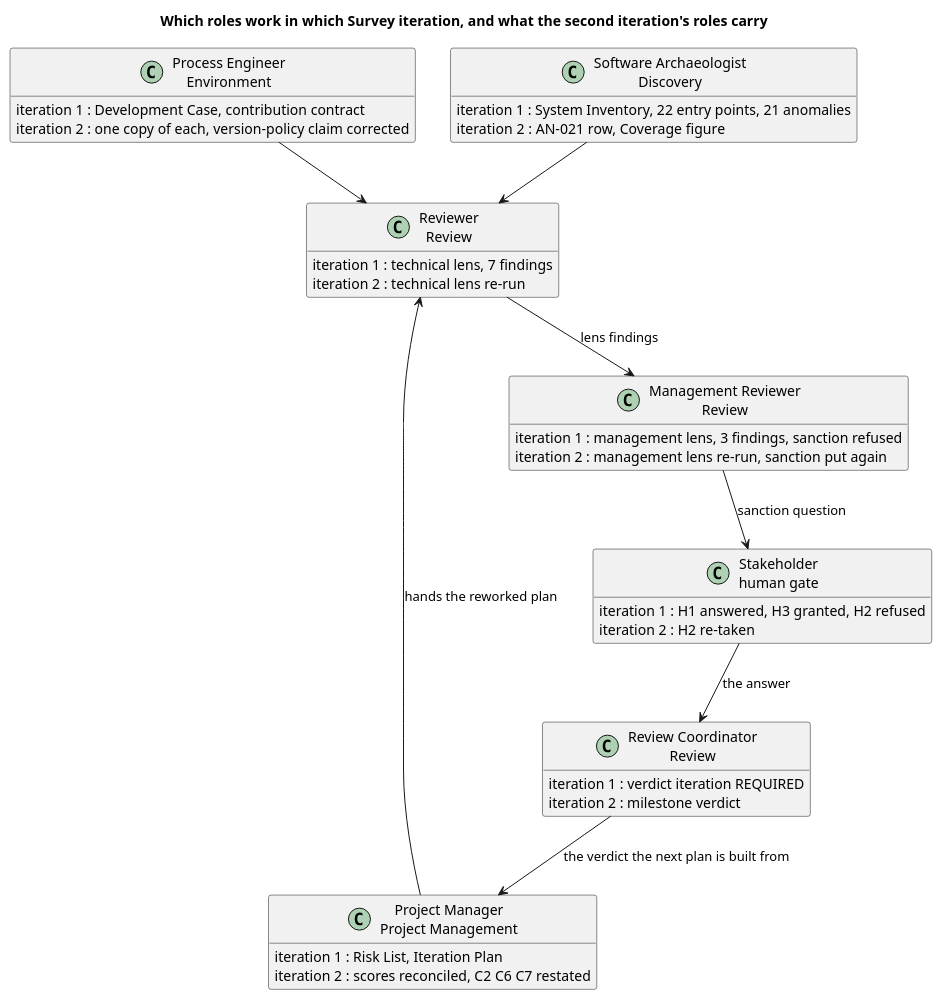
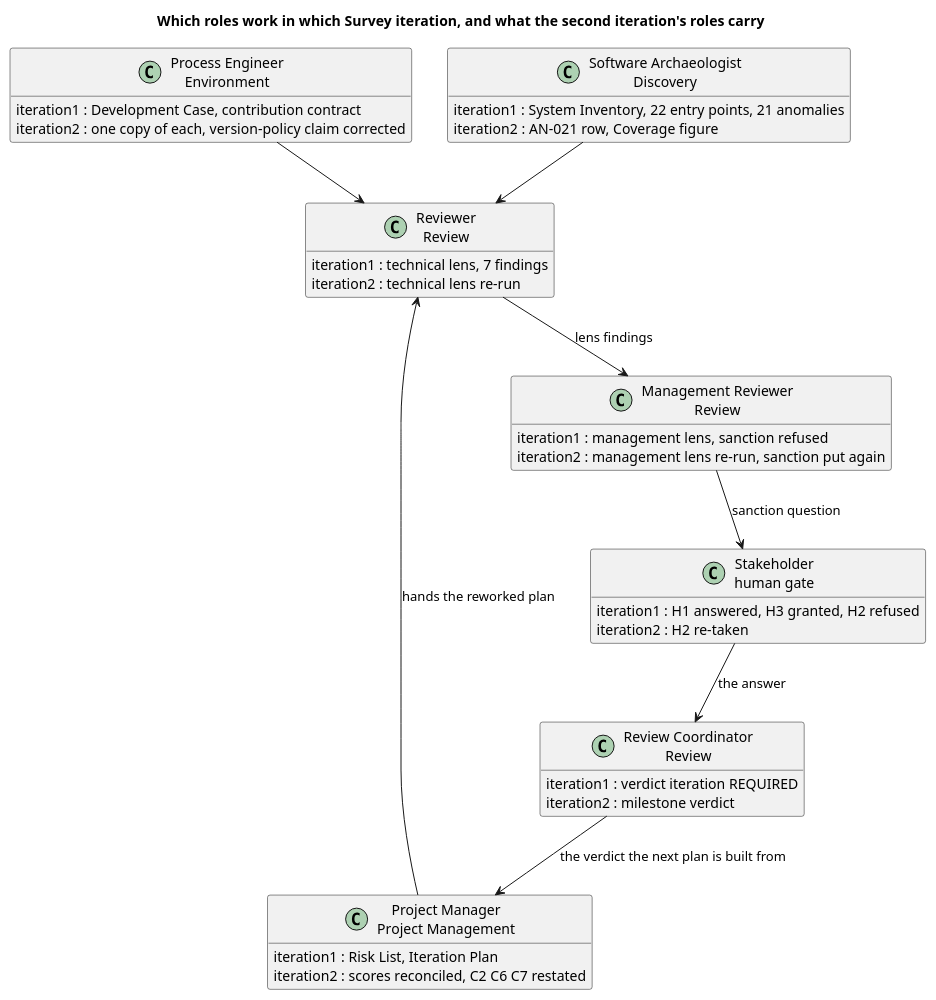
The fourth of 4 diagrams in docs/artifacts/project-management/iteration-plan.md (banense-test/TodoApp), drawn with PlantUML before and after one commit.

Commit message:
Project Manager [Survey2]: upsert Iteration Plan
[skip ci]

````diff
--- a/docs/artifacts/project-management/iteration-plan.md
+++ b/docs/artifacts/project-management/iteration-plan.md
@@ -234,46 +234,46 @@
 ```plantuml
 @startuml
 title Which roles work in which Survey iteration, and what the second iteration's roles carry
 
 skinparam shadowing false
 skinparam classAttributeIconSize 0
 hide empty members
 
 class "Process Engineer\nEnvironment" as PE {
-  iteration 1 : Development Case, contribution contract
-  iteration 2 : one copy of each, version-policy claim corrected
+  iteration1 : Development Case, contribution contract
+  iteration2 : one copy of each, version-policy claim corrected
 }
 class "Software Archaeologist\nDiscovery" as SA {
-  iteration 1 : System Inventory, 22 entry points, 21 anomalies
-  iteration 2 : AN-021 row, Coverage figure
+  iteration1 : System Inventory, 22 entry points, 21 anomalies
+  iteration2 : AN-021 row, Coverage figure
 }
 class "Project Manager\nProject Management" as PM {
-  iteration 1 : Risk List, Iteration Plan
-  iteration 2 : scores reconciled, C2 C6 C7 restated
+  iteration1 : Risk List, Iteration Plan
+  iteration2 : scores reconciled, C2 C6 C7 restated
 }
 class "Reviewer\nReview" as RV {
-  iteration 1 : technical lens, 7 findings
-  iteration 2 : technical lens re-run
+  iteration1 : technical lens, 7 findings
+  iteration2 : technical lens re-run
 }
 class "Management Reviewer\nReview" as MR {
-  iteration 1 : management lens, 3 findings, sanction refused
-  iteration 2 : management lens re-run, sanction put again
+  iteration1 : management lens, sanction refused
+  iteration2 : management lens re-run, sanction put again
 }
 class "Review Coordinator\nReview" as RC {
-  iteration 1 : verdict iteration REQUIRED
-  iteration 2 : milestone verdict
+  iteration1 : verdict iteration REQUIRED
+  iteration2 : milestone verdict
 }
 class "Stakeholder\nhuman gate" as SH {
-  iteration 1 : H1 answered, H3 granted, H2 refused
-  iteration 2 : H2 re-taken
+  iteration1 : H1 answered, H3 granted, H2 refused
+  iteration2 : H2 re-taken
 }
 
 PM --> RV : hands the reworked plan
 SA --> RV
 PE --> RV
 RV --> MR : lens findings
 MR --> SH : sanction question
 SH --> RC : the answer
 RC --> PM : the verdict the next plan is built from
 @enduml
 ```
````
